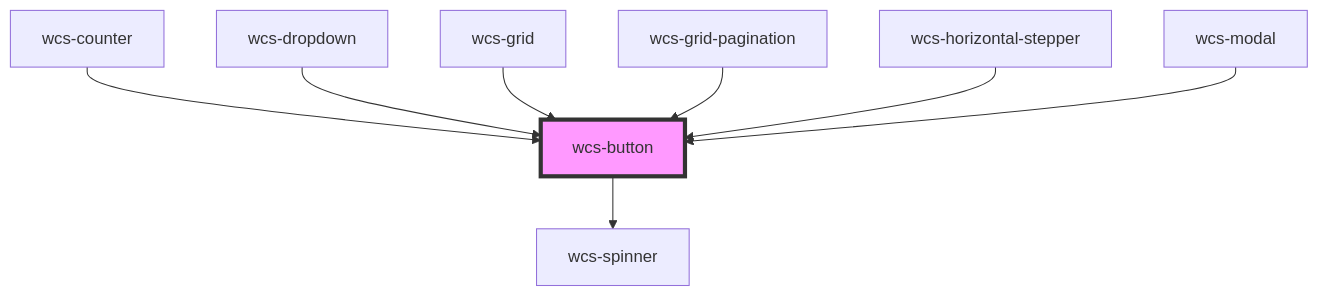
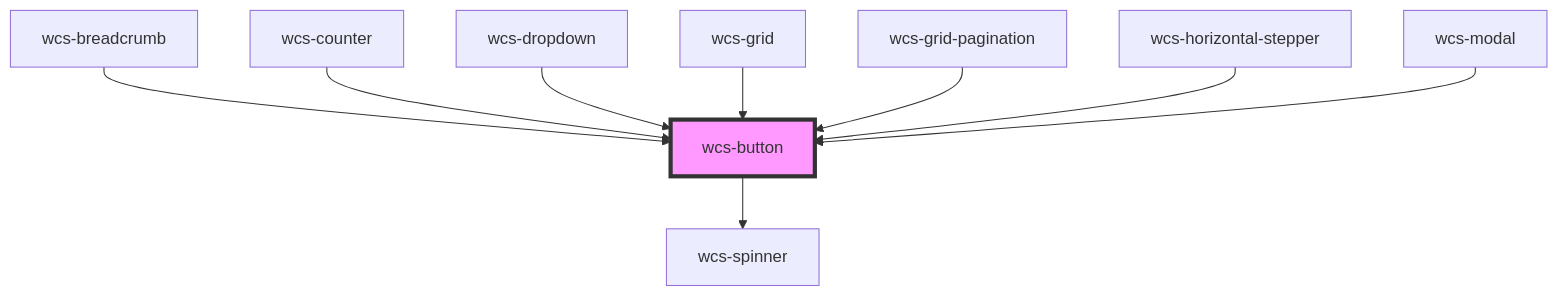
Before and after one commit to SNCFdevelopers/wcs: the diagram in src/components/button/readme.md, drawn with Mermaid. The commit also changed other lines of this file and 52 other files, not shown here.

````diff
--- a/src/components/button/readme.md
+++ b/src/components/button/readme.md
@@ -72,11 +73,12 @@
 ```mermaid
 graph TD;
   wcs-button --> wcs-spinner
+  wcs-breadcrumb --> wcs-button
   wcs-counter --> wcs-button
   wcs-dropdown --> wcs-button
   wcs-grid --> wcs-button
   wcs-grid-pagination --> wcs-button
   wcs-horizontal-stepper --> wcs-button
   wcs-modal --> wcs-button
   style wcs-button fill:#f9f,stroke:#333,stroke-width:4px
 ```
````
